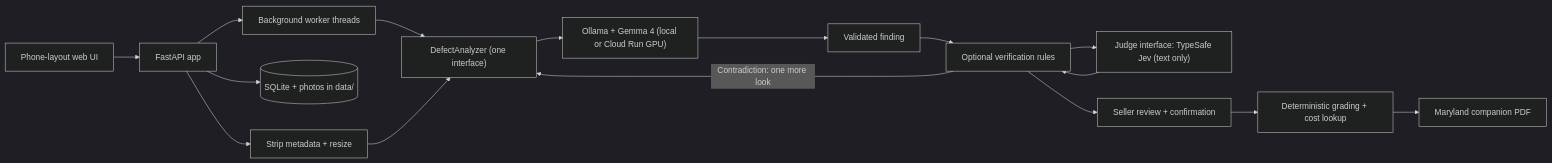
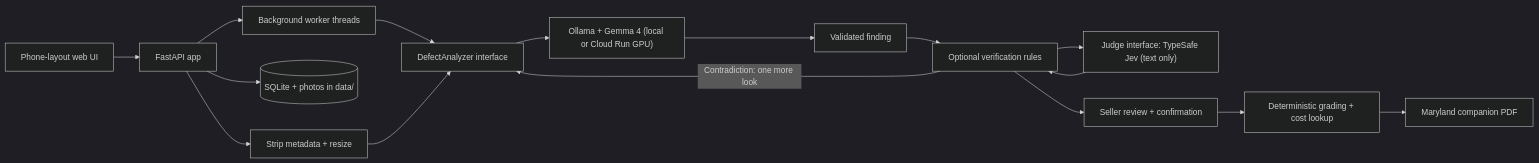
The diagram in README.md (ben-robles/disclosure), drawn with Mermaid (dark theme) before and after one commit. The commit also changed other lines of this file, not shown here.

````diff
--- a/README.md
+++ b/README.md
@@ -187,18 +69,18 @@
 ```mermaid
 flowchart LR
   Browser["Phone-layout web UI"] --> API["FastAPI app"]
   API --> IMG["Strip metadata + resize"]
   API --> DB[("SQLite + photos in data/")]
   API --> Q["Background worker threads"]
-  Q --> DA["DefectAnalyzer (one interface)"]
+  Q --> DA["DefectAnalyzer interface"]
+  IMG --> DA
   DA --> OL["Ollama + Gemma 4 (local or Cloud Run GPU)"]
   OL --> F["Validated finding"]
   F --> V["Optional verification rules"]
   V --> J["Judge interface: TypeSafe Jev (text only)"]
   J --> V
   V -->|"Contradiction: one more look"| DA
   V --> R["Seller review + confirmation"]
   R --> G["Deterministic grading + cost lookup"]
   G --> PDF["Maryland companion PDF"]
-  IMG --> DA
 ```
````
